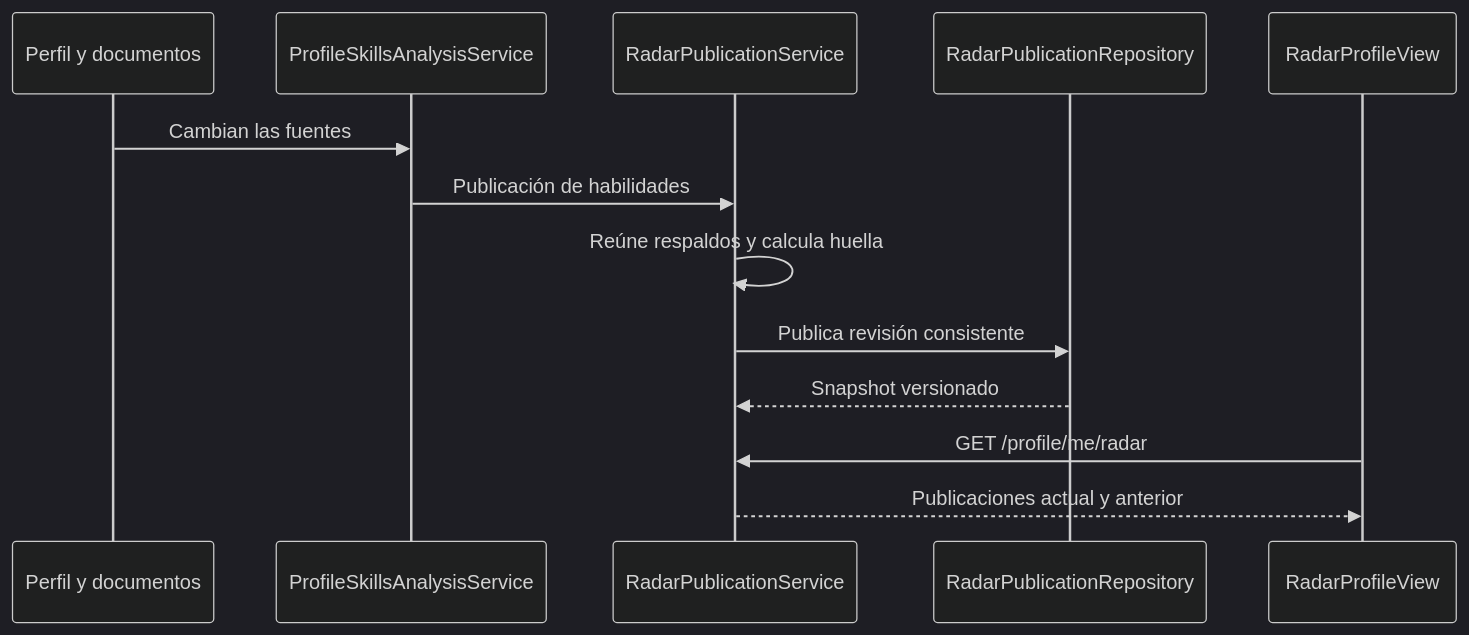
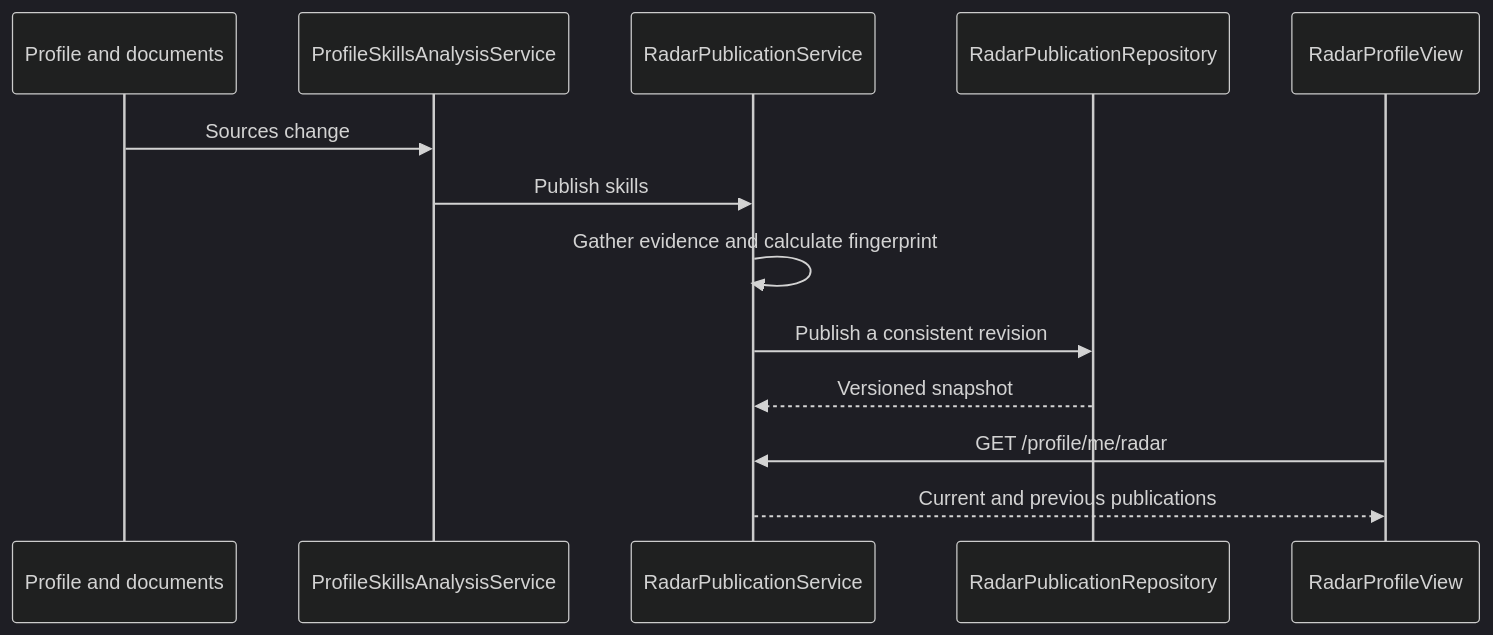
Before and after one commit to UMSSY/umssy-app: the second of 3 diagrams in docs/radar-integration/README.md, drawn with Mermaid (dark theme). The commit also changed other lines of this file and 6 other files, not shown here.

````diff
--- a/docs/radar-integration/README.md
+++ b/docs/radar-integration/README.md
@@ -25,15 +25,15 @@
 ```mermaid
 sequenceDiagram
-  participant Profile as Perfil y documentos
+  participant Profile as Profile and documents
   participant NLP as ProfileSkillsAnalysisService
   participant Radar as RadarPublicationService
   participant Store as RadarPublicationRepository
   participant UI as RadarProfileView
-  Profile->>NLP: Cambian las fuentes
-  NLP->>Radar: Publicación de habilidades
-  Radar->>Radar: Reúne respaldos y calcula huella
-  Radar->>Store: Publica revisión consistente
-  Store-->>Radar: Snapshot versionado
+  Profile->>NLP: Sources change
+  NLP->>Radar: Publish skills
+  Radar->>Radar: Gather evidence and calculate fingerprint
+  Radar->>Store: Publish a consistent revision
+  Store-->>Radar: Versioned snapshot
   UI->>Radar: GET /profile/me/radar
-  Radar-->>UI: Publicaciones actual y anterior
+  Radar-->>UI: Current and previous publications
 ```
````
